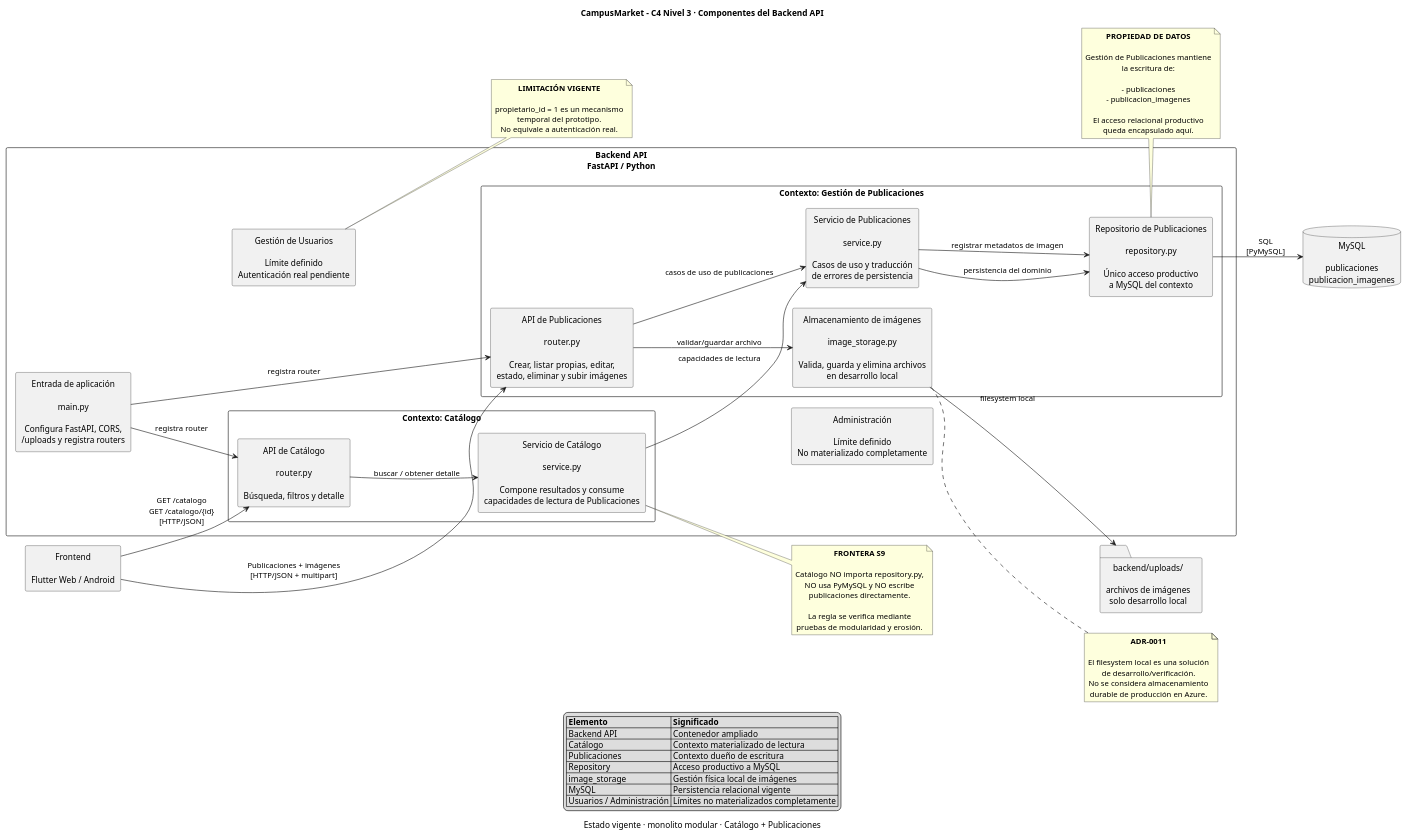
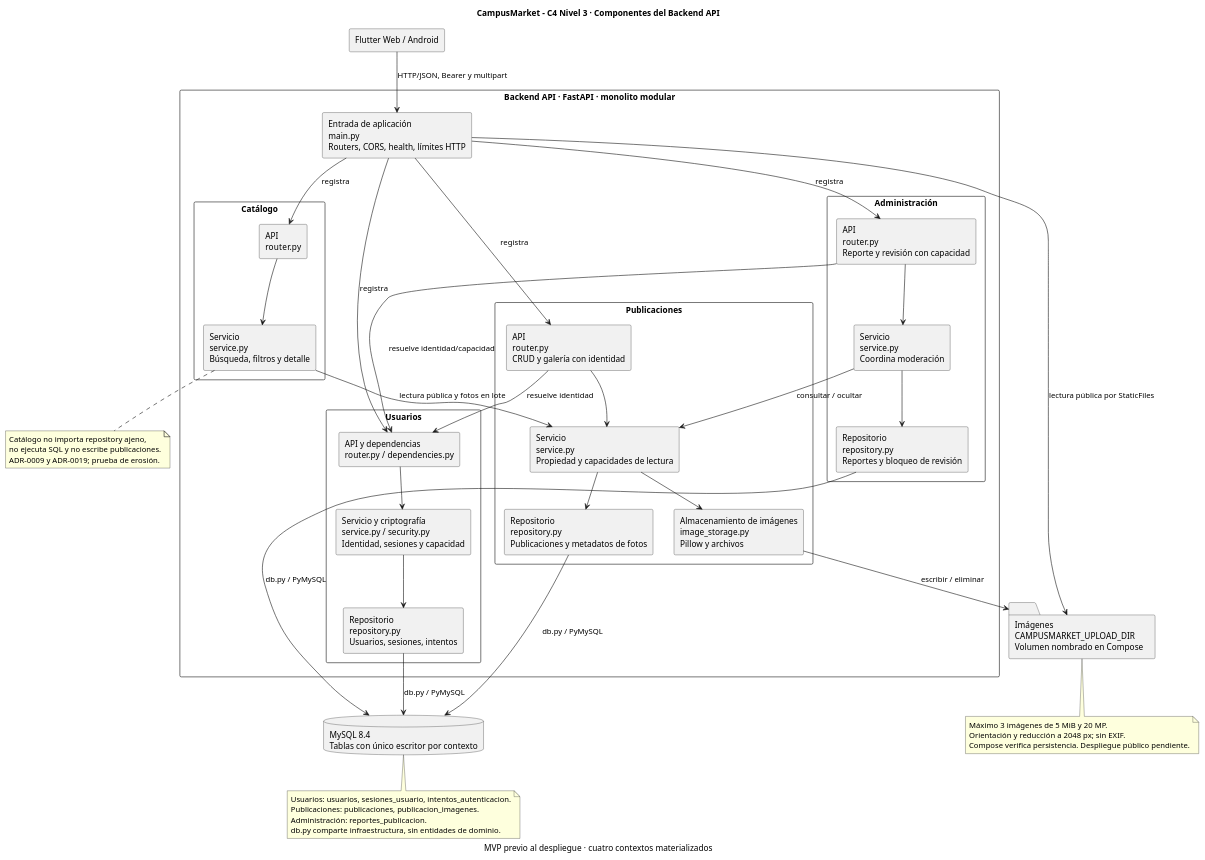
One commit to ISCOUTB/AS_202620_PROYECTO_CAMPUSMARKET changed the diagram in docs/c4/03-componentes-backend.puml. Above: the diagram before and after it, drawn with PlantUML. The commit also changed 32 other files, not shown here.

Commit message:
chore: separar dependencias y sincronizar evidencia del MVP

```diff
--- a/docs/c4/03-componentes-backend.puml
+++ b/docs/c4/03-componentes-backend.puml
@@ -1,112 +1,71 @@
 @startuml
-
 title CampusMarket - C4 Nivel 3 · Componentes del Backend API
-caption Estado vigente · monolito modular · Catálogo + Publicaciones
-
-left to right direction
-
+caption MVP previo al despliegue · cuatro contextos materializados
+top to bottom direction
 skinparam shadowing false
-skinparam defaultTextAlignment center
 skinparam packageStyle rectangle
-
-rectangle "Frontend\n\nFlutter Web / Android" as frontend
-
-package "Backend API\nFastAPI / Python" {
-
-    rectangle "Entrada de aplicación\n\nmain.py\n\nConfigura FastAPI, CORS,\n/uploads y registra routers" as main
-
-    package "Contexto: Catálogo" {
-        rectangle "API de Catálogo\n\nrouter.py\n\nBúsqueda, filtros y detalle" as catalog_router
-        rectangle "Servicio de Catálogo\n\nservice.py\n\nCompone resultados y consume\ncapacidades de lectura de Publicaciones" as catalog_service
-    }
-
-    package "Contexto: Gestión de Publicaciones" {
-        rectangle "API de Publicaciones\n\nrouter.py\n\nCrear, listar propias, editar,\nestado, eliminar y subir imágenes" as pub_router
-
-        rectangle "Servicio de Publicaciones\n\nservice.py\n\nCasos de uso y traducción\nde errores de persistencia" as pub_service
-
-        rectangle "Repositorio de Publicaciones\n\nrepository.py\n\nÚnico acceso productivo\na MySQL del contexto" as repository
-
-        rectangle "Almacenamiento de imágenes\n\nimage_storage.py\n\nValida, guarda y elimina archivos\nen desarrollo local" as image_storage
-    }
-
-    rectangle "Gestión de Usuarios\n\nLímite definido\nAutenticación real pendiente" as usuarios
-    rectangle "Administración\n\nLímite definido\nNo materializado completamente" as administracion
+rectangle "Flutter Web / Android" as frontend
+package "Backend API · FastAPI · monolito modular" {
+  rectangle "Entrada de aplicación\nmain.py\nRouters, CORS, health, límites HTTP" as main
+  package "Usuarios" {
+    rectangle "API y dependencias\nrouter.py / dependencies.py" as ur
+    rectangle "Servicio y criptografía\nservice.py / security.py\nIdentidad, sesiones y capacidad" as us
+    rectangle "Repositorio\nrepository.py\nUsuarios, sesiones, intentos" as ud
+    ur --> us
+    us --> ud
+  }
+  package "Publicaciones" {
+    rectangle "API\nrouter.py\nCRUD y galería con identidad" as pr
+    rectangle "Servicio\nservice.py\nPropiedad y capacidades de lectura" as ps
+    rectangle "Repositorio\nrepository.py\nPublicaciones y metadatos de fotos" as pd
+    rectangle "Almacenamiento de imágenes\nimage_storage.py\nPillow y archivos" as storage
+    pr --> ps
+    ps --> pd
+    ps --> storage
+  }
+  package "Catálogo" {
+    rectangle "API\nrouter.py" as cr
+    rectangle "Servicio\nservice.py\nBúsqueda, filtros y detalle" as cs
+    cr --> cs
+  }
+  package "Administración" {
+    rectangle "API\nrouter.py\nReporte y revisión con capacidad" as ar
+    rectangle "Servicio\nservice.py\nCoordina moderación" as ads
+    rectangle "Repositorio\nrepository.py\nReportes y bloqueo de revisión" as ad
+    ar --> ads
+    ads --> ad
+  }
 }
-
-database "MySQL\n\npublicaciones\npublicacion_imagenes" as mysql
-folder "backend/uploads/\n\narchivos de imágenes\nsolo desarrollo local" as uploads
-
-frontend --> catalog_router : GET /catalogo\nGET /catalogo/{id}\n[HTTP/JSON]
-frontend --> pub_router : Publicaciones + imágenes\n[HTTP/JSON + multipart]
-
-main --> catalog_router : registra router
-main --> pub_router : registra router
-
-catalog_router --> catalog_service : buscar / obtener detalle
-catalog_service --> pub_service : capacidades de lectura
-
-pub_router --> pub_service : casos de uso de publicaciones
-pub_service --> repository : persistencia del dominio
-repository --> mysql : SQL\n[PyMySQL]
-
-pub_router --> image_storage : validar/guardar archivo
-image_storage --> uploads : filesystem local
-pub_service --> repository : registrar metadatos de imagen
-
-usuarios -[hidden]-> pub_router
-administracion -[hidden]-> repository
-
-note right of catalog_service
-**FRONTERA S9**
-
-Catálogo NO importa repository.py,
-NO usa PyMySQL y NO escribe
-publicaciones directamente.
-
-La regla se verifica mediante
-pruebas de modularidad y erosión.
+database "MySQL 8.4\nTablas con único escritor por contexto" as db
+folder "Imágenes\nCAMPUSMARKET_UPLOAD_DIR\nVolumen nombrado en Compose" as files
+frontend --> main : HTTP/JSON, Bearer y multipart
+main --> ur : registra
+main --> pr : registra
+main --> cr : registra
+main --> ar : registra
+pr --> ur : resuelve identidad
+ar --> ur : resuelve identidad/capacidad
+cs --> ps : lectura pública y fotos en lote
+ads --> ps : consultar / ocultar
+ud --> db : db.py / PyMySQL
+pd --> db : db.py / PyMySQL
+ad --> db : db.py / PyMySQL
+storage --> files : escribir / eliminar
+main --> files : lectura pública por StaticFiles
+note bottom of cs
+Catálogo no importa repository ajeno,
+no ejecuta SQL y no escribe publicaciones.
+ADR-0009 y ADR-0019; prueba de erosión.
 end note
-
-note bottom of repository
-**PROPIEDAD DE DATOS**
-
-Gestión de Publicaciones mantiene
-la escritura de:
-
-- publicaciones
-- publicacion_imagenes
-
-El acceso relacional productivo
-queda encapsulado aquí.
+note bottom of db
+Usuarios: usuarios, sesiones_usuario, intentos_autenticacion.
+Publicaciones: publicaciones, publicacion_imagenes.
+Administración: reportes_publicacion.
+db.py comparte infraestructura, sin entidades de dominio.
 end note
-
-note right of image_storage
-**ADR-0011**
-
-El filesystem local es una solución
-de desarrollo/verificación.
-No se considera almacenamiento
-durable de producción en Azure.
+note bottom of files
+Máximo 3 imágenes de 5 MiB y 20 MP.
+Orientación y reducción a 2048 px; sin EXIF.
+Compose verifica persistencia. Despliegue público pendiente.
 end note
-
-note right of usuarios
-**LIMITACIÓN VIGENTE**
-
-propietario_id = 1 es un mecanismo
-temporal del prototipo.
-No equivale a autenticación real.
-end note
-
-legend bottom
-|= Elemento |= Significado |
-| Backend API | Contenedor ampliado |
-| Catálogo | Contexto materializado de lectura |
-| Publicaciones | Contexto dueño de escritura |
-| Repository | Acceso productivo a MySQL |
-| image_storage | Gestión física local de imágenes |
-| MySQL | Persistencia relacional vigente |
-| Usuarios / Administración | Límites no materializados completamente |
-endlegend
-
 @enduml
```
